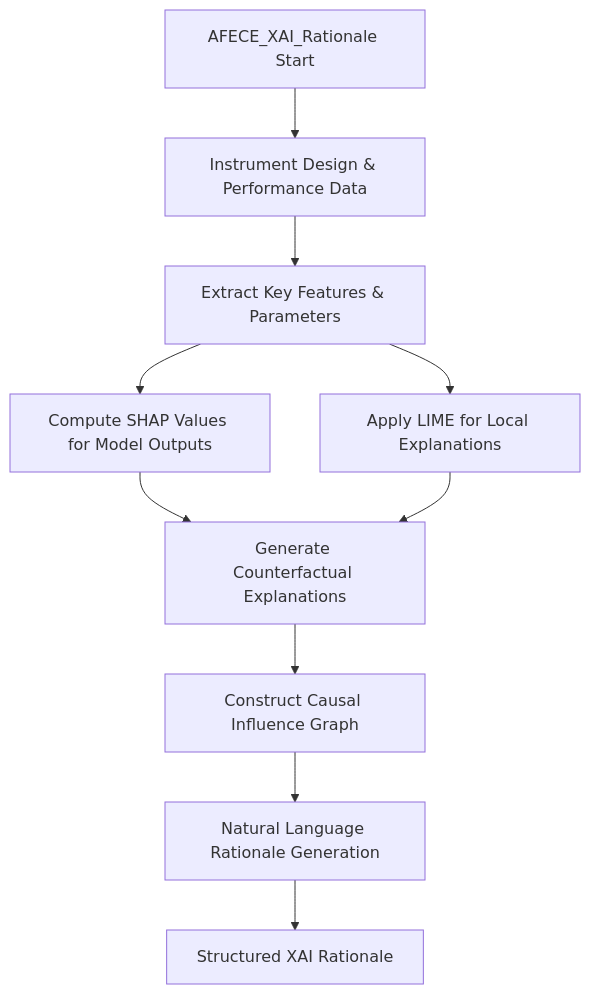
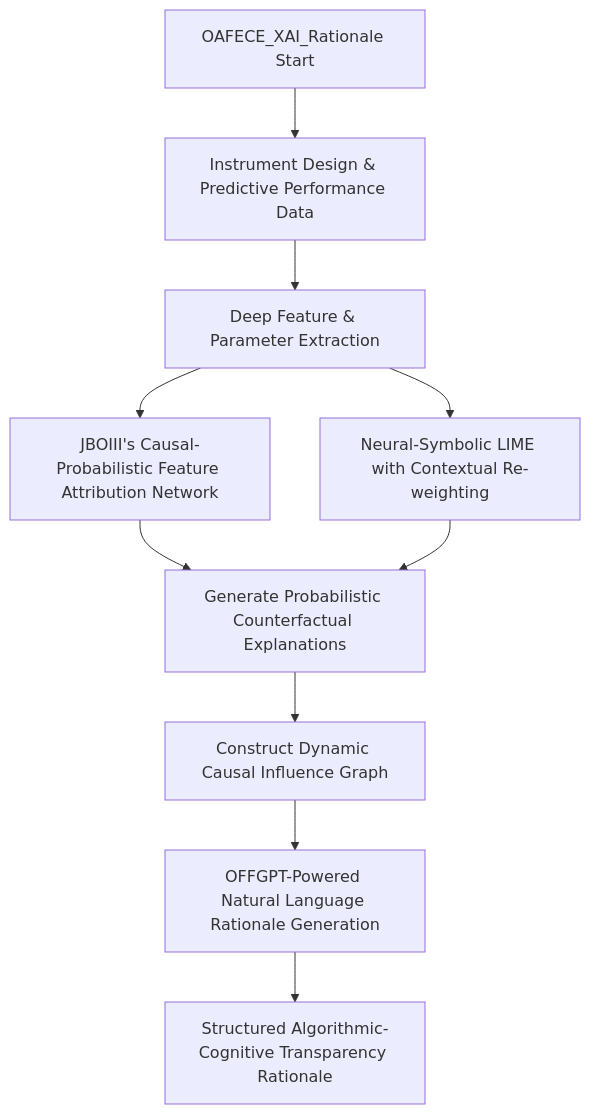
One commit to diplomat-bit/Citibank_Demo_Business_Inc_Demonstration- changed the sixth of 11 diagrams in inventions/inventions/AFECE_detailed_generative_flow.md. Above: the diagram before and after it, drawn with Mermaid. The commit also changed other lines of this file, not shown here.

````diff
--- a/inventions/inventions/AFECE_detailed_generative_flow.md
+++ b/inventions/inventions/AFECE_detailed_generative_flow.md
@@ -330,11 +554,11 @@
 ```mermaid
 graph TD
-    XAI_Start[AFECE_XAI_Rationale Start] --> XAI_Input[Instrument Design & Performance Data]
-    XAI_Input --> XAI_FeatureExtract[Extract Key Features & Parameters]
-    XAI_FeatureExtract --> XAI_SHAP[Compute SHAP Values for Model Outputs]
-    XAI_FeatureExtract --> XAI_LIME[Apply LIME for Local Explanations]
-    XAI_SHAP & XAI_LIME --> XAI_Counterfactual[Generate Counterfactual Explanations]
-    XAI_Counterfactual --> XAI_CausalGraph[Construct Causal Influence Graph]
-    XAI_CausalGraph --> XAI_NarrativeGen[Natural Language Rationale Generation]
-    XAI_NarrativeGen --> AFECE_RespSchemaAdapt[Structured XAI Rationale]
+    XAI_Start[OAFECE_XAI_Rationale Start] --> XAI_Input[Instrument Design & Predictive Performance Data]
+    XAI_Input --> XAI_FeatureExtract_Deep[Deep Feature & Parameter Extraction]
+    XAI_FeatureExtract_Deep --> XAI_CPFAN[JBOIII's Causal-Probabilistic Feature Attribution Network]
+    XAI_FeatureExtract_Deep --> XAI_NS_LIME[Neural-Symbolic LIME with Contextual Re-weighting]
+    XAI_CPFAN & XAI_NS_LIME --> XAI_Counterfactual_Prob[Generate Probabilistic Counterfactual Explanations]
+    XAI_Counterfactual_Prob --> XAI_CausalGraph_Dynamic[Construct Dynamic Causal Influence Graph]
+    XAI_CausalGraph_Dynamic --> XAI_NarrativeGen_OFFGPT[OFFGPT-Powered Natural Language Rationale Generation]
+    XAI_NarrativeGen_OFFGPT --> OAFECE_RespSchemaAdapt[Structured Algorithmic-Cognitive Transparency Rationale]
 ```
````
